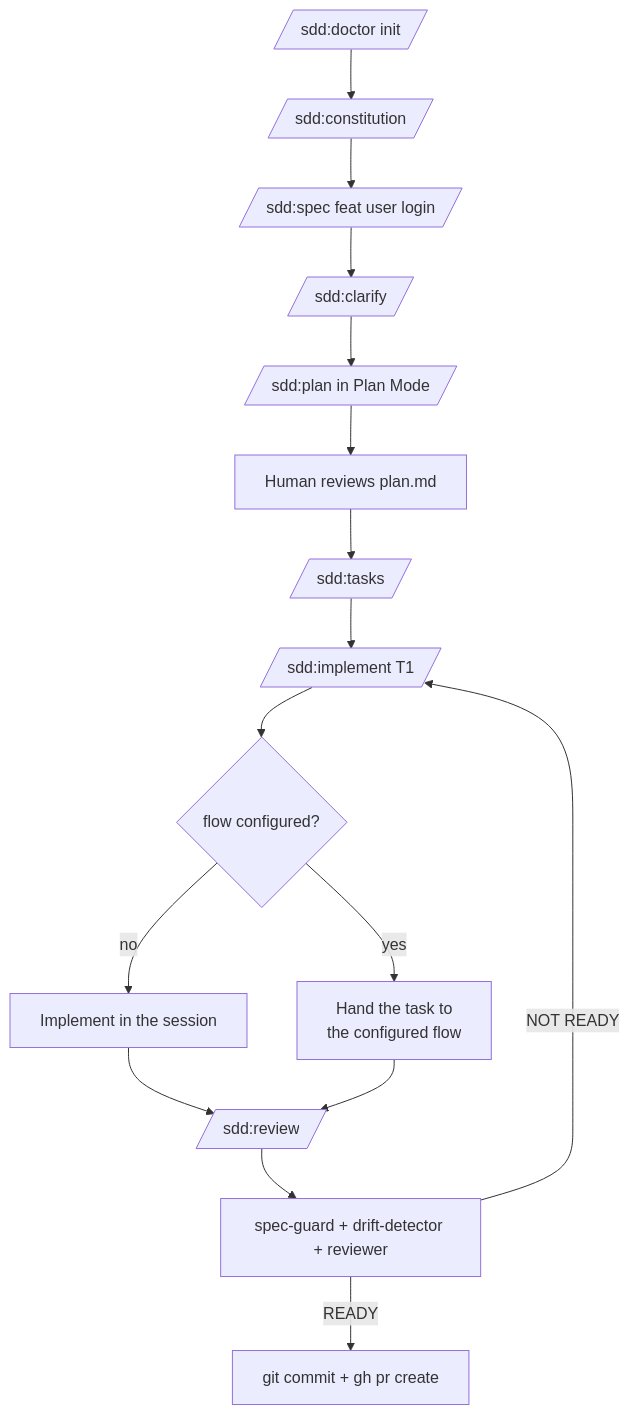
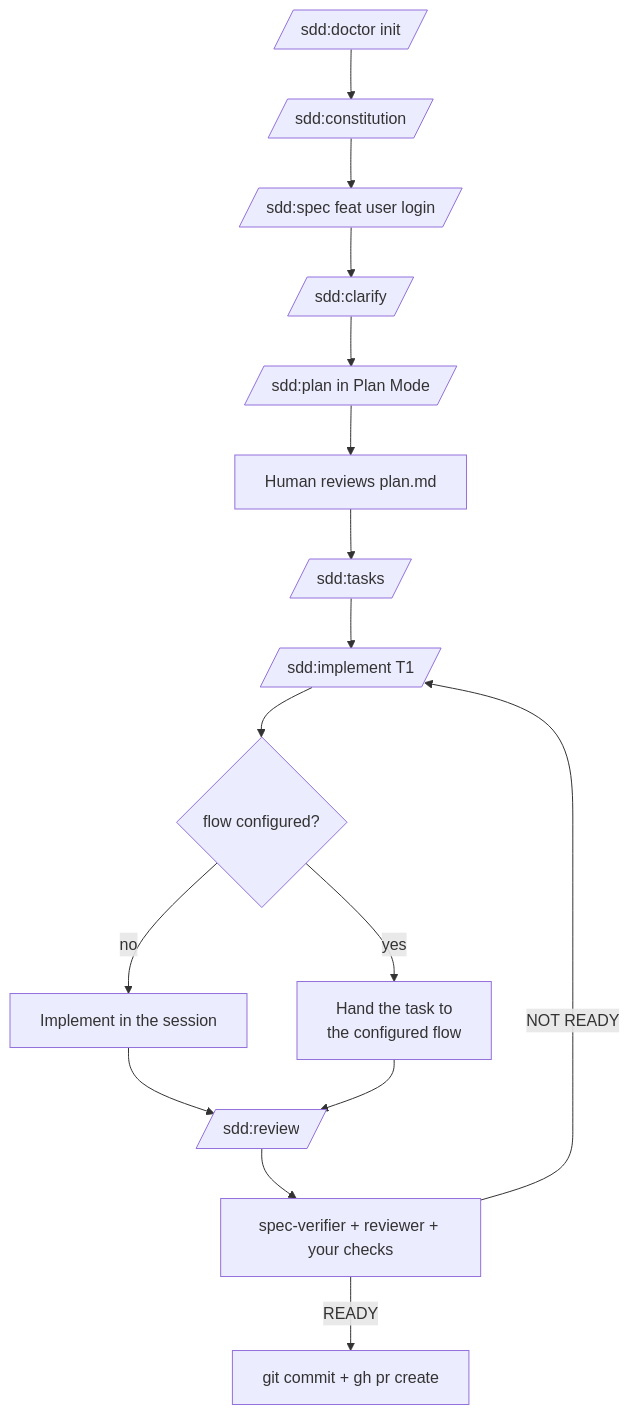
Before and after one commit to JanSzewczyk/spec-driven-development: the diagram in README.md, drawn with Mermaid. The commit also changed other lines of this file and 4 other files, not shown here.

Commit message:
docs(sdd): document spec-verifier, review configuration and actions

````diff
--- a/README.md
+++ b/README.md
@@ -189,18 +189,18 @@
 ```mermaid
 flowchart TD
     A[/sdd:doctor init/] --> B[/sdd:constitution/]
     B --> C[/sdd:spec feat user login/]
     C --> D[/sdd:clarify/]
     D --> E[/sdd:plan in Plan Mode/]
     E --> F[Human reviews plan.md]
     F --> G[/sdd:tasks/]
     G --> H[/sdd:implement T1/]
     H --> I{flow configured?}
     I -->|yes| K[Hand the task to<br/>the configured flow]
     I -->|no| J[Implement in the session]
     J --> M[/sdd:review/]
     K --> M
-    M --> P[spec-guard + drift-detector + reviewer]
+    M --> P[spec-verifier + reviewer + your checks]
     P -->|READY| Q[git commit + gh pr create]
     P -->|NOT READY| H
 ```
````
